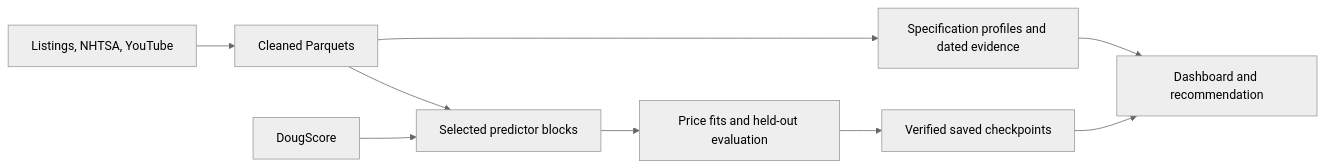
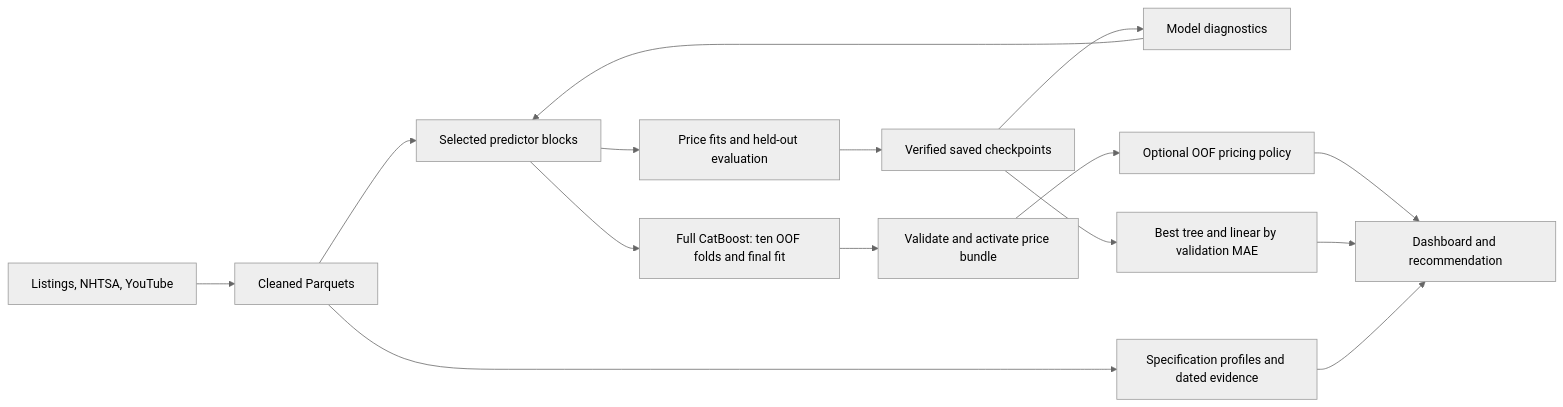
The diagram in README.md (danielrdgez/DataScience_Capstone_Cars), drawn with Mermaid (neutral theme) before and after one commit. The commit also changed other lines of this file and 14 other files, not shown here.

Commit message:
Use best tree and linear recommendation models and add optional OOF workflow

````diff
--- a/README.md
+++ b/README.md
@@ -28,11 +28,17 @@
 ```mermaid
 flowchart LR
   S["Listings, NHTSA, YouTube"] --> P["Cleaned Parquets"]
   P --> F["Selected predictor blocks"]
   D["DougScore"] --> F
   F --> M["Price fits and held-out evaluation"]
   P --> V["Specification profiles and dated evidence"]
   M --> C["Verified saved checkpoints"]
-  C --> A["Dashboard and recommendation"]
+  C --> D["Model diagnostics"]
+  F --> O["Full CatBoost: ten OOF folds and final fit"]
+  O --> B["Validate and activate price bundle"]
+  B --> Q["Optional OOF pricing policy"]
+  Q --> A
+  C --> T["Best tree and linear by validation MAE"]
+  T --> A["Dashboard and recommendation"]
   V --> A
 ```
````
